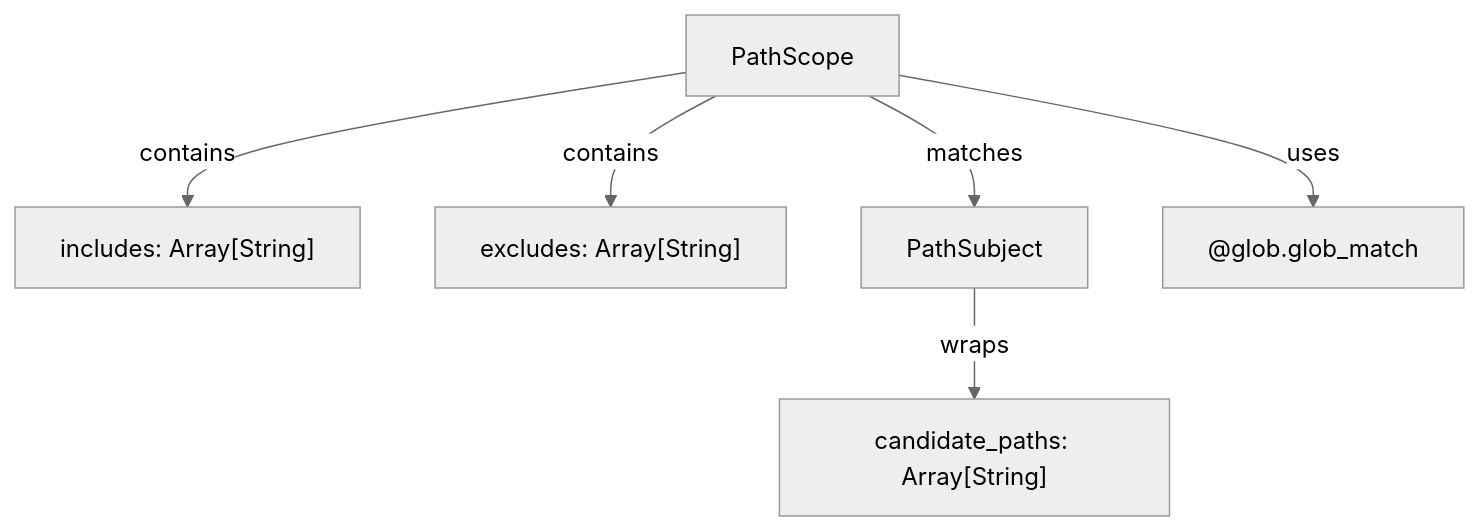
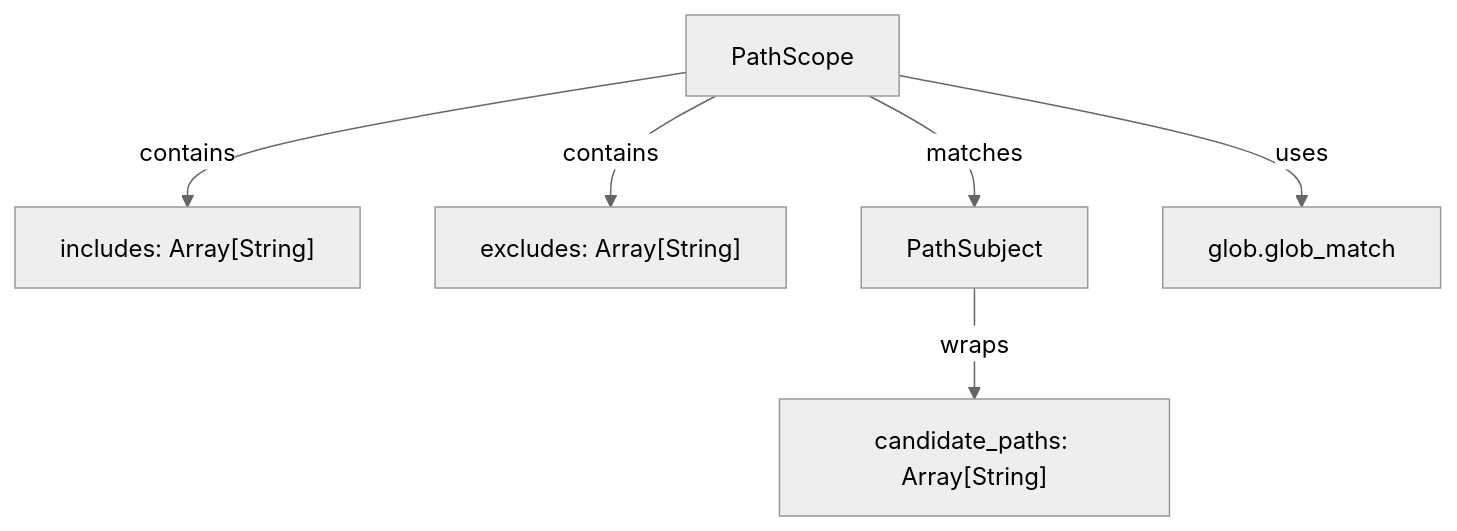
Before and after one commit to pogin503/indexion: the diagram in .indexion/wiki/src-scope.md, drawn with Mermaid (neutral theme). The commit also changed 15 other files, not shown here.

First line of the commit message:
fix: remove @ from Mermaid node labels for GitHub Wiki rendering

````diff
--- a/.indexion/wiki/src-scope.md
+++ b/.indexion/wiki/src-scope.md
@@ -7,8 +7,8 @@
 ```mermaid
 graph TD
     PathScope -->|contains| includes["includes: Array[String]"]
     PathScope -->|contains| excludes["excludes: Array[String]"]
     PathScope -->|matches| PathSubject
     PathSubject -->|wraps| candidate_paths["candidate_paths: Array[String]"]
-    PathScope -->|uses| glob["@glob.glob_match"]
+    PathScope -->|uses| glob["glob.glob_match"]
 ```
````
